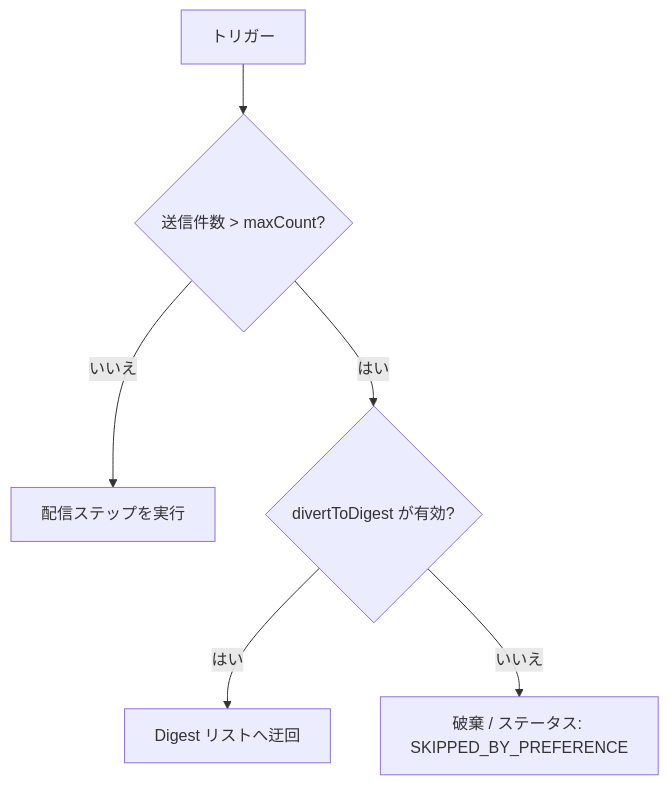
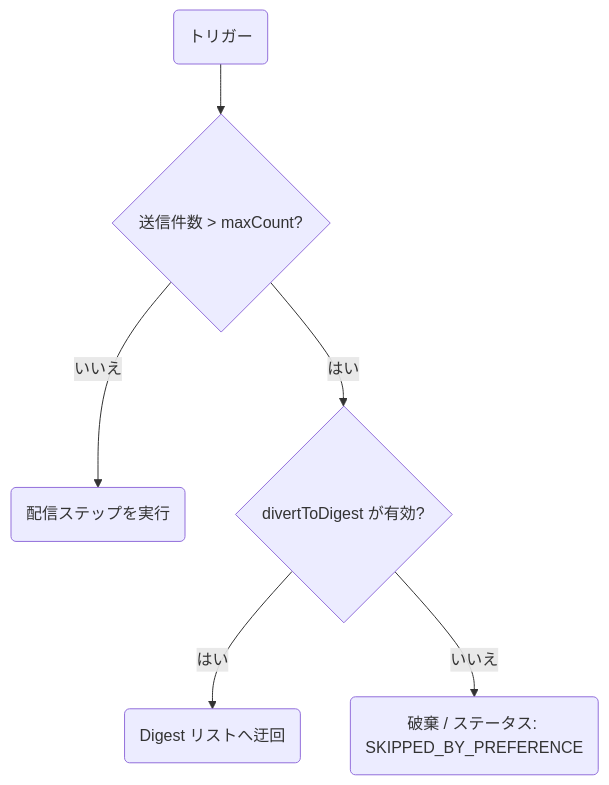
The second of 2 diagrams in content/docs/ja/platform/features/digest-throttle.mdx (KriyanshKhunt/nexus_docs), drawn with Mermaid before and after one commit. The commit also changed other lines of this file and 20 other files, not shown here.

Commit message:
Handle ja Mermaid charts

````diff
--- a/content/docs/ja/platform/features/digest-throttle.mdx
+++ b/content/docs/ja/platform/features/digest-throttle.mdx
@@ -70,8 +70,8 @@
 ```mermaid
 flowchart TD
-  Trigger[トリガー] --> Throttle{送信件数 > maxCount?}
-  Throttle -->|いいえ| Pass[配信ステップを実行]
+  Trigger(トリガー) --> Throttle{送信件数 > maxCount?}
+  Throttle -->|いいえ| Pass(配信ステップを実行)
   Throttle -->|はい| Divert{divertToDigest が有効?}
-  Divert -->|はい| Queue[Digest リストへ迂回]
-  Divert -->|いいえ| Drop[破棄 / ステータス: SKIPPED_BY_PREFERENCE]
+  Divert -->|はい| Queue(Digest リストへ迂回)
+  Divert -->|いいえ| Drop(破棄 / ステータス: SKIPPED_BY_PREFERENCE)
 ```
````
